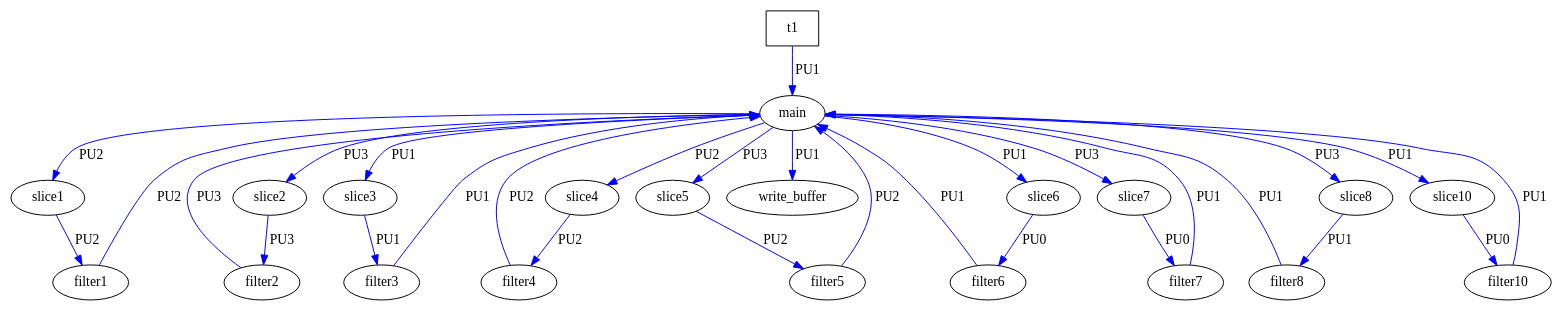
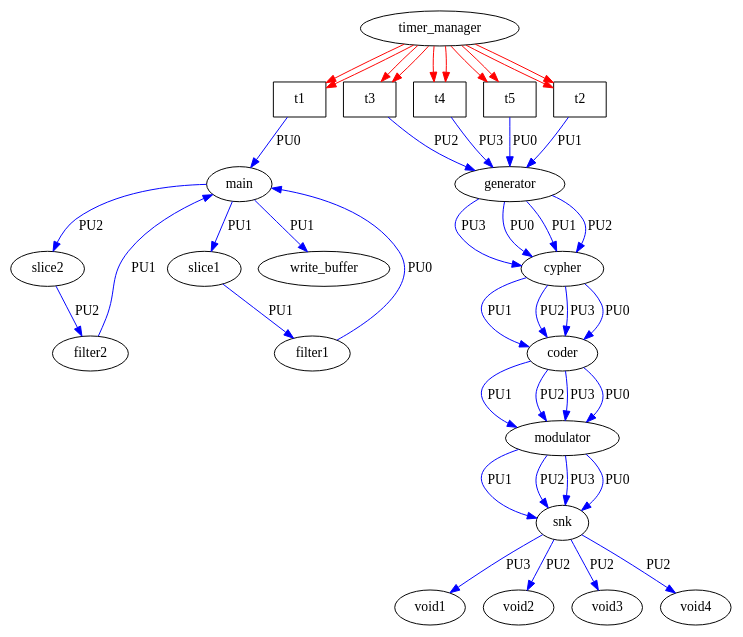
One commit to samujoaz/ArchiDSE changed the diagram in graph.dot. Above: the diagram before and after it, drawn with Graphviz. The commit also changed 56 other files, not shown here.

Commit message:
modif: - calcul en multitimer - fonction generique pour slice et generator et d'autres fonctions - generation des generators multi-TBC

```diff
--- a/graph.dot
+++ b/graph.dot
@@ -1,53 +1,66 @@
 digraph my_graph {
   overlap = scale;
    main[label="main"];
    slice1[label="slice1"];
    slice2[label="slice2"];
-   slice3[label="slice3"];
-   slice4[label="slice4"];
-   slice5[label="slice5"];
-   slice6[label="slice6"];
-   slice7[label="slice7"];
-   slice8[label="slice8"];
-   slice10[label="slice10"];
    filter1[label="filter1"];
    filter2[label="filter2"];
-   filter3[label="filter3"];
-   filter4[label="filter4"];
-   filter5[label="filter5"];
-   filter6[label="filter6"];
-   filter7[label="filter7"];
-   filter8[label="filter8"];
-   filter10[label="filter10"];
    write_buffer[label="write_buffer"];
+   generator[label="generator"];
+   cypher[label="cypher"];
+   coder[label="coder"];
+   modulator[label="modulator"];
+   void1[label="void1"];
+   void2[label="void2"];
+   void3[label="void3"];
+   void4[label="void4"];
+   snk[label="snk"];
+   timer_manager[label="timer_manager"];
    t1[label="t1",shape=box ];
-   t1 -> main[label="PU1", color=blue];
-   main -> slice1[label="PU2", color=blue];
-   main -> slice2[label="PU3", color=blue];
-   main -> slice3[label="PU1", color=blue];
-   main -> slice4[label="PU2", color=blue];
-   main -> slice5[label="PU3", color=blue];
-   main -> slice6[label="PU1", color=blue];
-   main -> slice7[label="PU3", color=blue];
-   main -> slice8[label="PU3", color=blue];
-   main -> slice10[label="PU1", color=blue];
-   slice1 -> filter1[label="PU2", color=blue];
-   slice2 -> filter2[label="PU3", color=blue];
-   slice3 -> filter3[label="PU1", color=blue];
-   slice4 -> filter4[label="PU2", color=blue];
-   slice5 -> filter5[label="PU2", color=blue];
-   slice6 -> filter6[label="PU0", color=blue];
-   slice7 -> filter7[label="PU0", color=blue];
-   slice8 -> filter8[label="PU1", color=blue];
-   slice10 -> filter10[label="PU0", color=blue];
-   filter1 -> main[label="PU2", color=blue];
-   filter2 -> main[label="PU3", color=blue];
-   filter3 -> main[label="PU1", color=blue];
-   filter4 -> main[label="PU2", color=blue];
-   filter5 -> main[label="PU2", color=blue];
-   filter6 -> main[label="PU1", color=blue];
-   filter7 -> main[label="PU1", color=blue];
-   filter8 -> main[label="PU1", color=blue];
-   filter10 -> main[label="PU1", color=blue];
+   t2[label="t2",shape=box ];
+   t3[label="t3",shape=box ];
+   t4[label="t4",shape=box ];
+   t5[label="t5",shape=box ];
+   timer_manager -> t1[label="", color=red];
+   timer_manager -> t2[label="", color=red];
+   timer_manager -> t3[label="", color=red];
+   timer_manager -> t4[label="", color=red];
+   timer_manager -> t5[label="", color=red];
+   timer_manager -> t1[label="", color=red];
+   timer_manager -> t2[label="", color=red];
+   timer_manager -> t3[label="", color=red];
+   timer_manager -> t4[label="", color=red];
+   timer_manager -> t5[label="", color=red];
+   t1 -> main[label="PU0", color=blue];
+   main -> slice1[label="PU1", color=blue];
+   main -> slice2[label="PU2", color=blue];
+   slice1 -> filter1[label="PU1", color=blue];
+   slice2 -> filter2[label="PU2", color=blue];
+   filter1 -> main[label="PU0", color=blue];
+   filter2 -> main[label="PU1", color=blue];
    main -> write_buffer[label="PU1", color=blue];
+   t2 -> generator[label="PU1", color=blue];
+   t3 -> generator[label="PU2", color=blue];
+   t4 -> generator[label="PU3", color=blue];
+   t5 -> generator[label="PU0", color=blue];
+   generator -> cypher[label="PU1", color=blue];
+   generator -> cypher[label="PU2", color=blue];
+   generator -> cypher[label="PU3", color=blue];
+   generator -> cypher[label="PU0", color=blue];
+   cypher -> coder[label="PU1", color=blue];
+   cypher -> coder[label="PU2", color=blue];
+   cypher -> coder[label="PU3", color=blue];
+   cypher -> coder[label="PU0", color=blue];
+   coder -> modulator[label="PU1", color=blue];
+   coder -> modulator[label="PU2", color=blue];
+   coder -> modulator[label="PU3", color=blue];
+   coder -> modulator[label="PU0", color=blue];
+   modulator -> snk[label="PU1", color=blue];
+   modulator -> snk[label="PU2", color=blue];
+   modulator -> snk[label="PU3", color=blue];
+   modulator -> snk[label="PU0", color=blue];
+   snk -> void1[label="PU3", color=blue];
+   snk -> void2[label="PU2", color=blue];
+   snk -> void3[label="PU2", color=blue];
+   snk -> void4[label="PU2", color=blue];
 }
```
